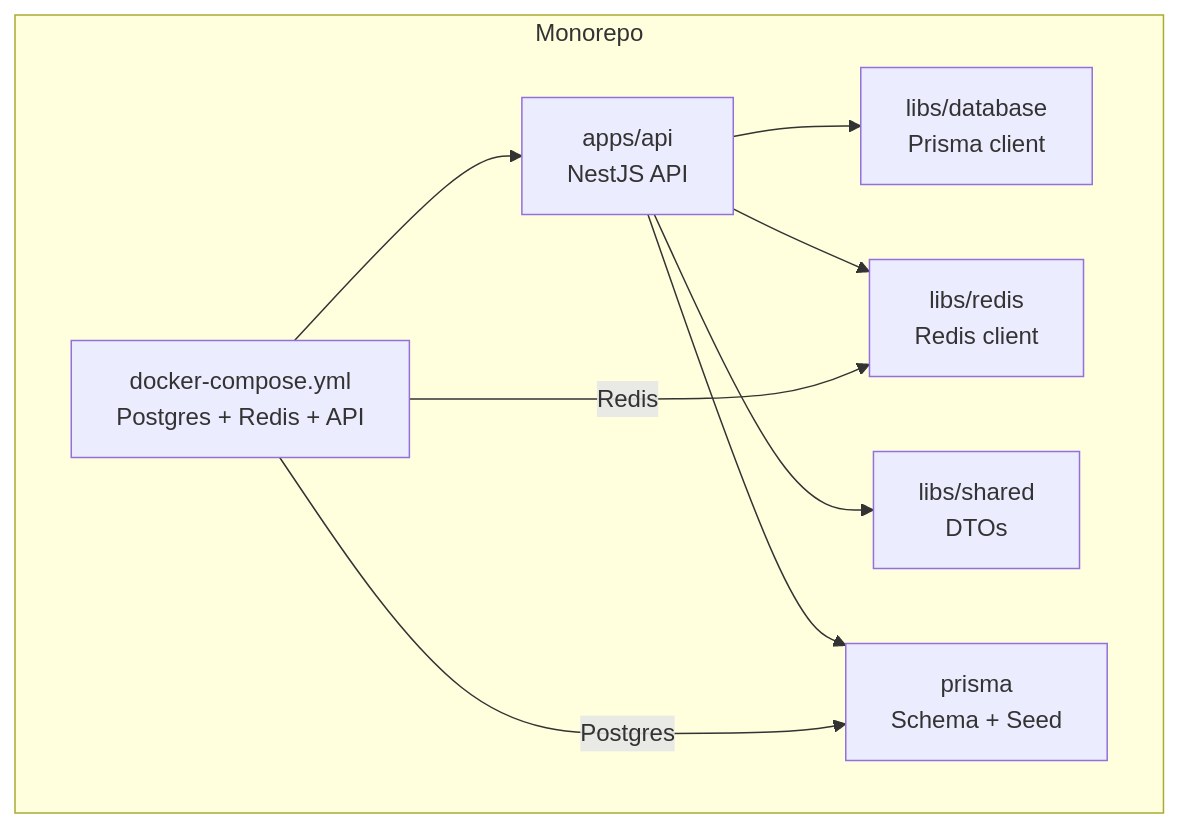
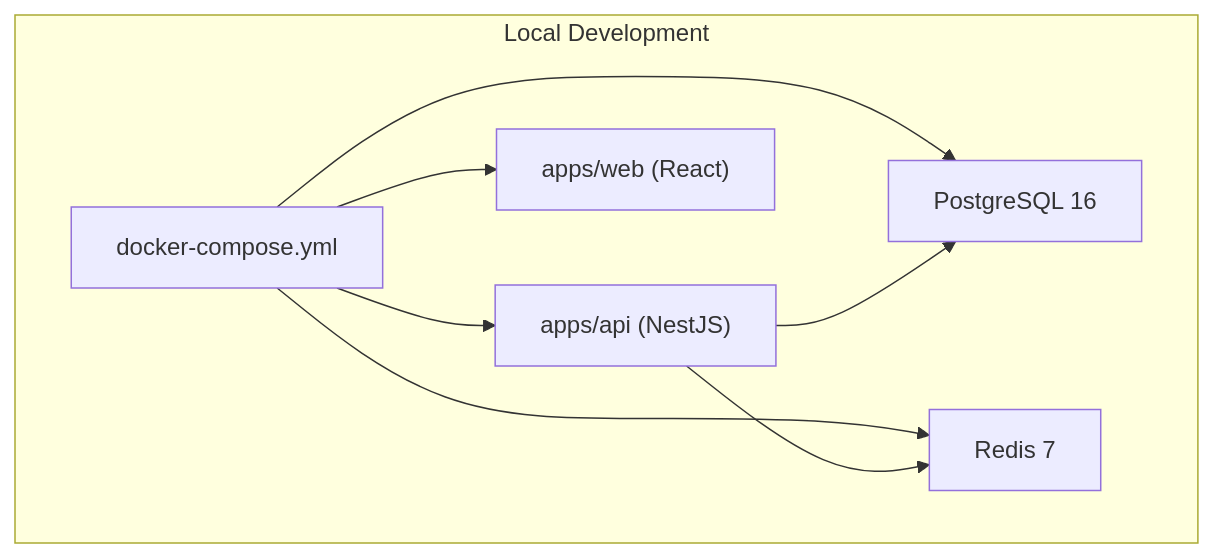
The first of 7 diagrams in .qoder/repowiki/en/content/Getting Started.md (BAS-More/Quiz2Biz), drawn with Mermaid before and after one commit. The commit also changed other lines of this file and 191 other files, not shown here.

````diff
--- a/.qoder/repowiki/en/content/Getting Started.md
+++ b/.qoder/repowiki/en/content/Getting Started.md
@@ -48,18 +54,16 @@
 ```mermaid
 graph TB
-subgraph "Monorepo"
-A["apps/api<br/>NestJS API"]
-B["libs/database<br/>Prisma client"]
-C["libs/redis<br/>Redis client"]
-D["libs/shared<br/>DTOs"]
-E["prisma<br/>Schema + Seed"]
-F["docker-compose.yml<br/>Postgres + Redis + API"]
+subgraph "Local Development"
+DC["docker-compose.yml"]
+API["apps/api (NestJS)"]
+WEB["apps/web (React)"]
+PG["PostgreSQL 16"]
+RD["Redis 7"]
 end
-A --> B
-A --> C
-A --> D
-A --> E
-F --> A
-F --> |"Postgres"| E
-F --> |"Redis"| C
+DC --> API
+DC --> WEB
+DC --> PG
+DC --> RD
+API --> PG
+API --> RD
 ```
````
